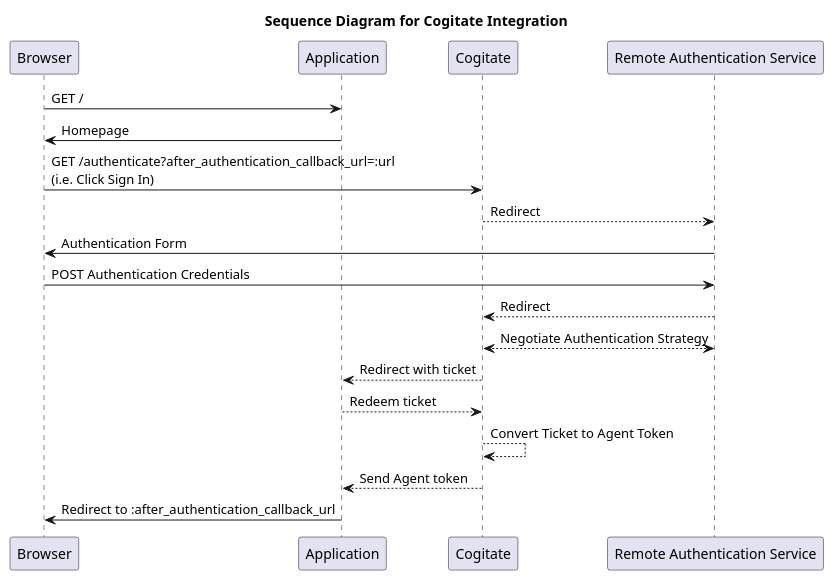
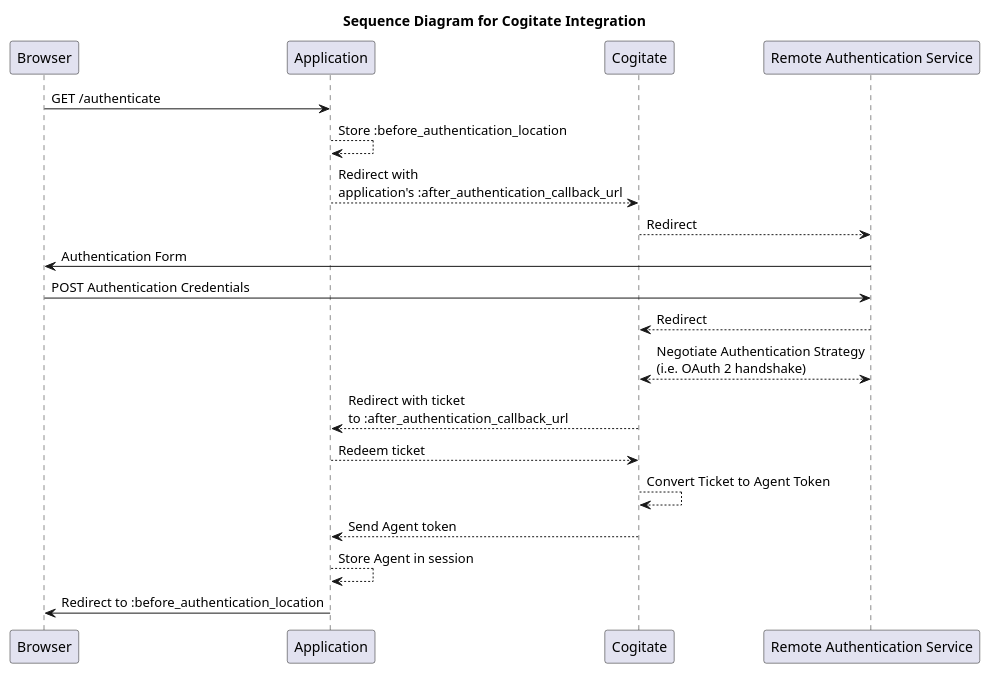
The diagram in artifacts/sequence-diagram-for-cogitate-integration.puml (ndlib/cogitate), drawn with PlantUML before and after one commit. The commit also changed 1 other file, not shown here.

Commit message:
Updating sequence diagram of cogitate integration
[skip ci]

```diff
--- a/artifacts/sequence-diagram-for-cogitate-integration.puml
+++ b/artifacts/sequence-diagram-for-cogitate-integration.puml
@@ -3,19 +3,20 @@
 @startuml
 
 title Sequence Diagram for Cogitate Integration
 
-Browser -> Application : GET /
-Browser <- Application : Homepage
-Browser -> Cogitate : GET /authenticate?after_authentication_callback_url=:url\n(i.e. Click Sign In)
+Browser -> Application : GET /authenticate
+Application --> Application : Store :before_authentication_location
+Application --> Cogitate : Redirect with\napplication's :after_authentication_callback_url
 Cogitate --> "Remote Authentication Service" : Redirect
 Browser <- "Remote Authentication Service" : Authentication Form
 Browser -> "Remote Authentication Service" : POST Authentication Credentials
 Cogitate <-- "Remote Authentication Service" : Redirect
-Cogitate <--> "Remote Authentication Service" : Negotiate Authentication Strategy
-Application <-- Cogitate : Redirect with ticket
+Cogitate <--> "Remote Authentication Service" : Negotiate Authentication Strategy\n(i.e. OAuth 2 handshake)
+Application <-- Cogitate : Redirect with ticket\nto :after_authentication_callback_url
 Application --> Cogitate : Redeem ticket
 Cogitate --> Cogitate : Convert Ticket to Agent Token
 Application <-- Cogitate : Send Agent token
-Browser <- Application: Redirect to :after_authentication_callback_url
+Application --> Application : Store Agent in session
+Browser <- Application: Redirect to :before_authentication_location
 
 @enduml
```
